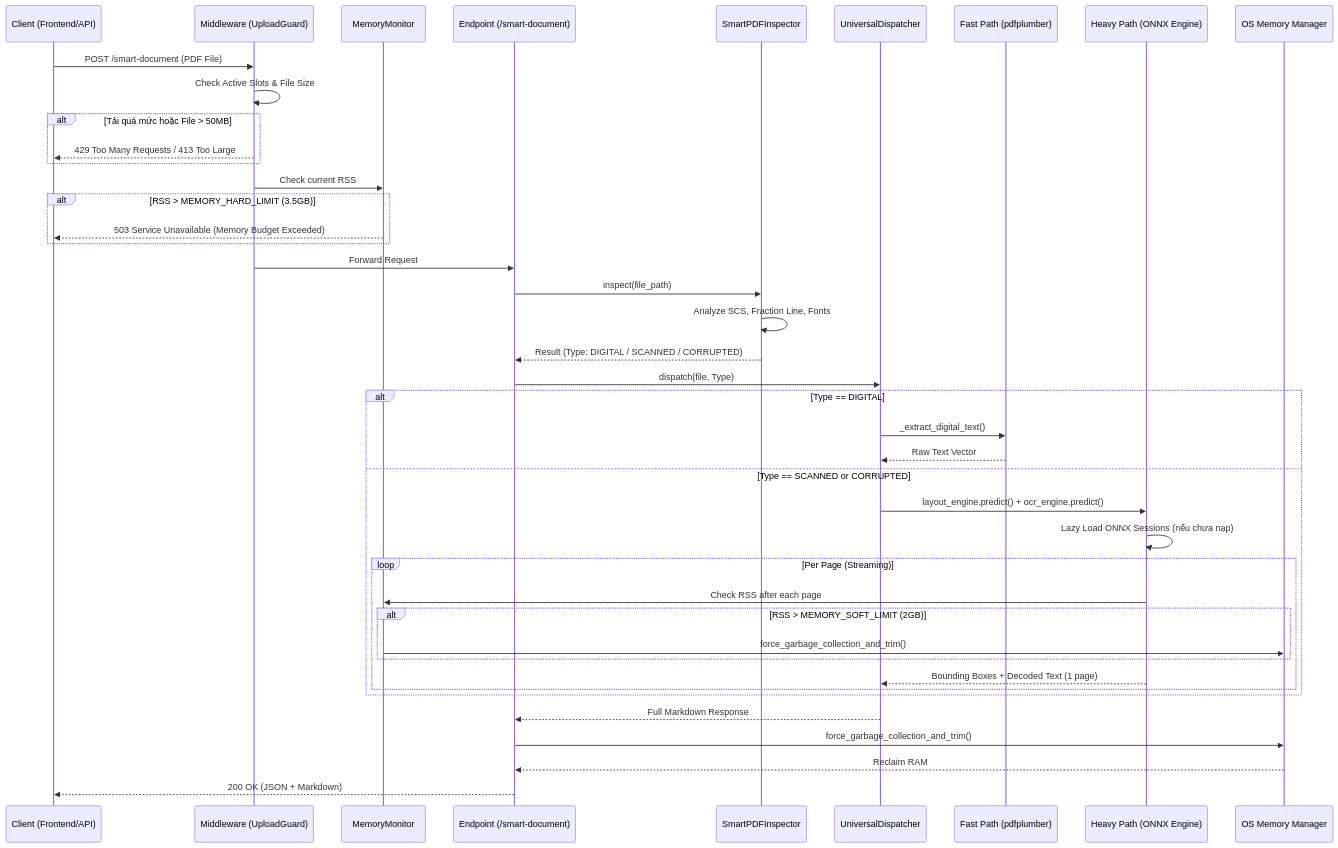
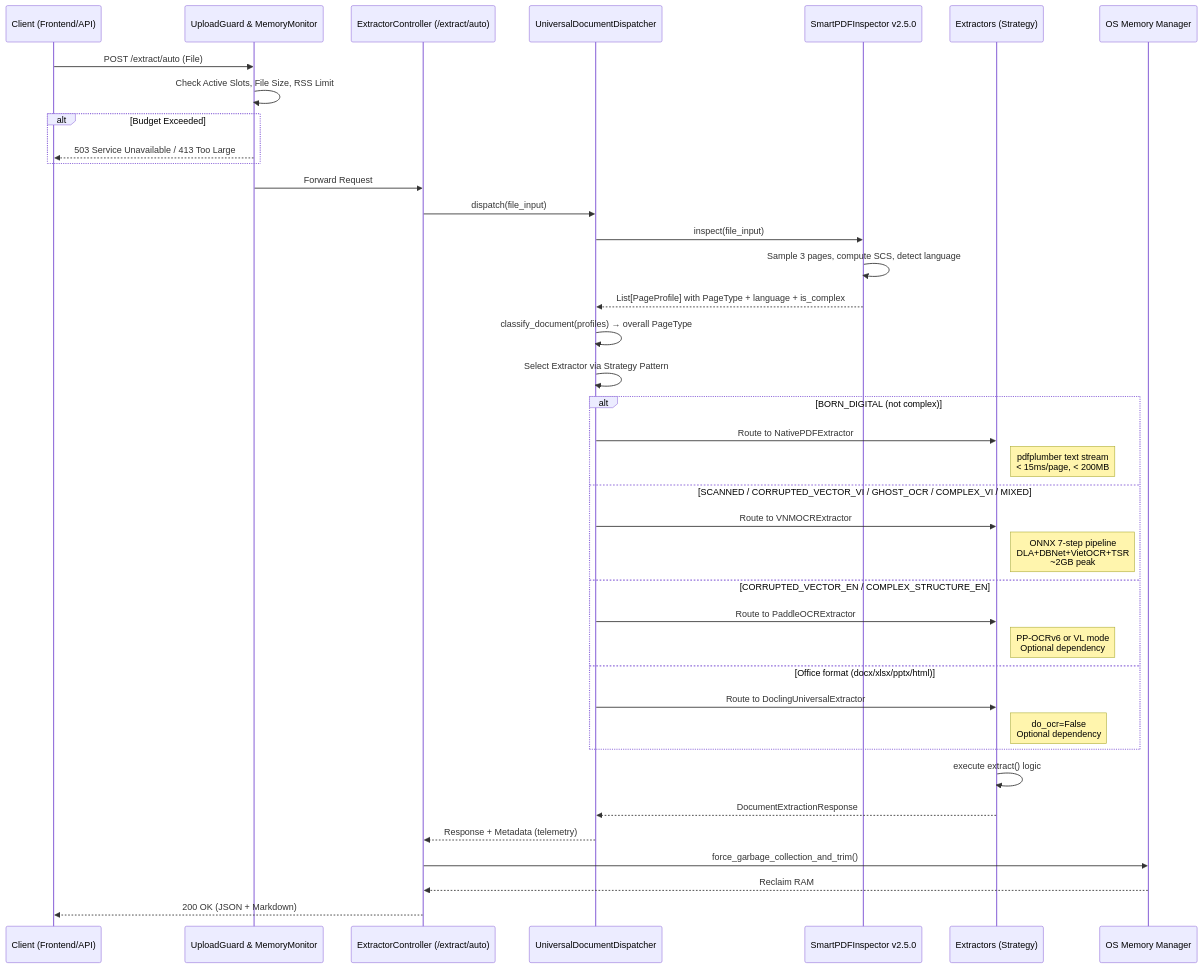
One commit to phamvantienkiz/VNM-OCR changed the diagram in docs/implementation/release-1/technical-design.md. Above: the diagram before and after it, drawn with Mermaid. The commit also changed other lines of this file and 8 other files, not shown here.

Commit message:
prepare for Smart Extractor engine

````diff
--- a/docs/implementation/release-1/technical-design.md
+++ b/docs/implementation/release-1/technical-design.md
@@ -5,47 +42,46 @@
 ```mermaid
 sequenceDiagram
     participant C as Client (Frontend/API)
-    participant M as Middleware (UploadGuard)
-    participant MM as MemoryMonitor
-    participant E as Endpoint (/smart-document)
-    participant I as SmartPDFInspector
-    participant D as UniversalDispatcher
-    participant FP as Fast Path (pdfplumber)
-    participant HP as Heavy Path (ONNX Engine)
+    participant M as UploadGuard & MemoryMonitor
+    participant API as ExtractorController (/extract/auto)
+    participant D as UniversalDocumentDispatcher
+    participant I as SmartPDFInspector v2.5.0
+    participant Ext as Extractors (Strategy)
     participant OS as OS Memory Manager
 
-    C->>M: POST /smart-document (PDF File)
-    M->>M: Check Active Slots & File Size
-    alt Tải quá mức hoặc File > 50MB
-        M-->>C: 429 Too Many Requests / 413 Too Large
+    C->>M: POST /extract/auto (File)
+    M->>M: Check Active Slots, File Size, RSS Limit
+    alt Budget Exceeded
+        M-->>C: 503 Service Unavailable / 413 Too Large
     end
-    M->>MM: Check current RSS
-    alt RSS > MEMORY_HARD_LIMIT (3.5GB)
-        MM-->>C: 503 Service Unavailable (Memory Budget Exceeded)
+    M->>API: Forward Request
+    API->>D: dispatch(file_input)
+    D->>I: inspect(file_input)
+    I->>I: Sample 3 pages, compute SCS, detect language
+    I-->>D: List[PageProfile] with PageType + language + is_complex
+
+    D->>D: classify_document(profiles) → overall PageType
+    D->>D: Select Extractor via Strategy Pattern
+
+    alt BORN_DIGITAL (not complex)
+        D->>Ext: Route to NativePDFExtractor
+        Note right of Ext: pdfplumber text stream<br/>< 15ms/page, < 200MB
+    else SCANNED / CORRUPTED_VECTOR_VI / GHOST_OCR / COMPLEX_VI / MIXED
+        D->>Ext: Route to VNMOCRExtractor
+        Note right of Ext: ONNX 7-step pipeline<br/>DLA+DBNet+VietOCR+TSR<br/>~2GB peak
+    else CORRUPTED_VECTOR_EN / COMPLEX_STRUCTURE_EN
+        D->>Ext: Route to PaddleOCRExtractor
+        Note right of Ext: PP-OCRv6 or VL mode<br/>Optional dependency
+    else Office format (docx/xlsx/pptx/html)
+        D->>Ext: Route to DoclingUniversalExtractor
+        Note right of Ext: do_ocr=False<br/>Optional dependency
     end
-    M->>E: Forward Request
-    E->>I: inspect(file_path)
-    I->>I: Analyze SCS, Fraction Line, Fonts
-    I-->>E: Result (Type: DIGITAL / SCANNED / CORRUPTED)
-    E->>D: dispatch(file, Type)
-    
-    alt Type == DIGITAL
-        D->>FP: _extract_digital_text()
-        FP-->>D: Raw Text Vector
-    else Type == SCANNED or CORRUPTED
-        D->>HP: layout_engine.predict() + ocr_engine.predict()
-        HP->>HP: Lazy Load ONNX Sessions (nếu chưa nạp)
-        loop Per Page (Streaming)
-            HP->>MM: Check RSS after each page
-            alt RSS > MEMORY_SOFT_LIMIT (2GB)
-                MM->>OS: force_garbage_collection_and_trim()
-            end
-            HP-->>D: Bounding Boxes + Decoded Text (1 page)
-        end
-    end
-    
-    D-->>E: Full Markdown Response
-    E->>OS: force_garbage_collection_and_trim()
-    OS-->>E: Reclaim RAM
-    E-->>C: 200 OK (JSON + Markdown)
+
+    Ext->>Ext: execute extract() logic
+    Ext-->>D: DocumentExtractionResponse
+    D-->>API: Response + Metadata (telemetry)
+
+    API->>OS: force_garbage_collection_and_trim()
+    OS-->>API: Reclaim RAM
+    API-->>C: 200 OK (JSON + Markdown)
 ```
````
